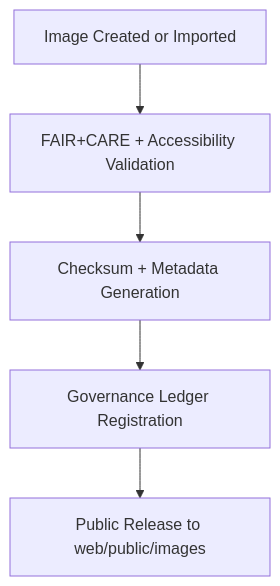
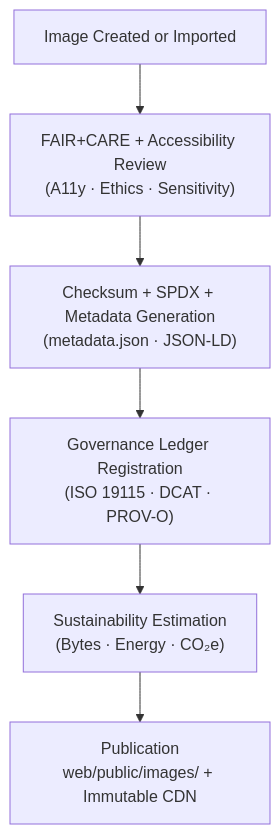
The diagram in web/public/images/README.md (bartytime4life/Kansas-Frontier-Matrix), drawn with Mermaid before and after one commit. The commit also changed other lines of this file, not shown here.

````diff
--- a/web/public/images/README.md
+++ b/web/public/images/README.md
@@ -57,7 +138,8 @@
-```mermaid
+~~~mermaid
 flowchart TD
-A["Image Created or Imported"] --> B["FAIR+CARE + Accessibility Validation"]
-B --> C["Checksum + Metadata Generation"]
-C --> D["Governance Ledger Registration"]
-D --> E["Public Release to web/public/images"]
-```
+    A["Image Created or Imported"] --> B["FAIR+CARE + Accessibility Review<br/>(A11y · Ethics · Sensitivity)"]
+    B --> C["Checksum + SPDX + Metadata Generation<br/>(metadata.json · JSON-LD)"]
+    C --> D["Governance Ledger Registration<br/>(ISO 19115 · DCAT · PROV-O)"]
+    D --> E["Sustainability Estimation<br/>(Bytes · Energy · CO₂e)"]
+    E --> F["Publication<br/>web/public/images/ + Immutable CDN"]
+~~~
````
